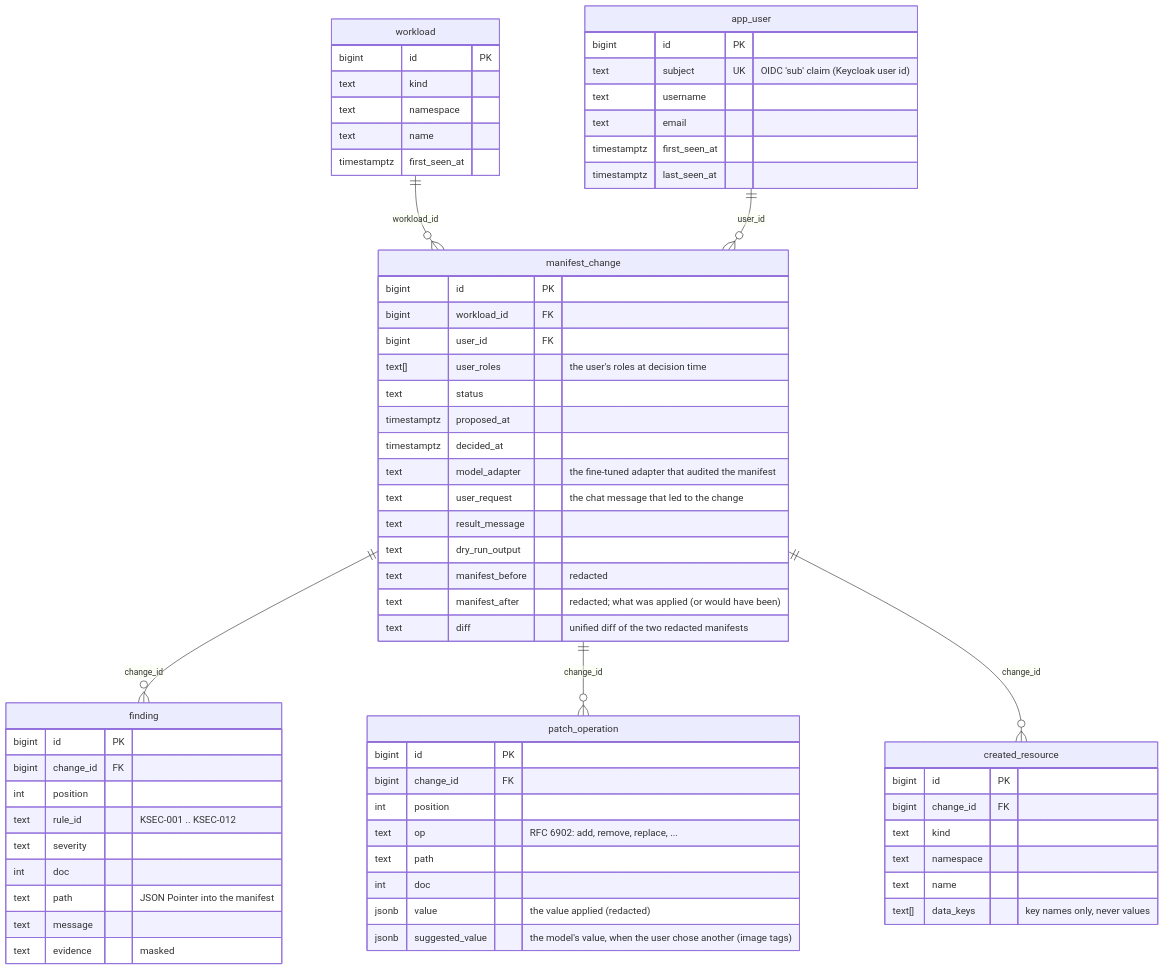
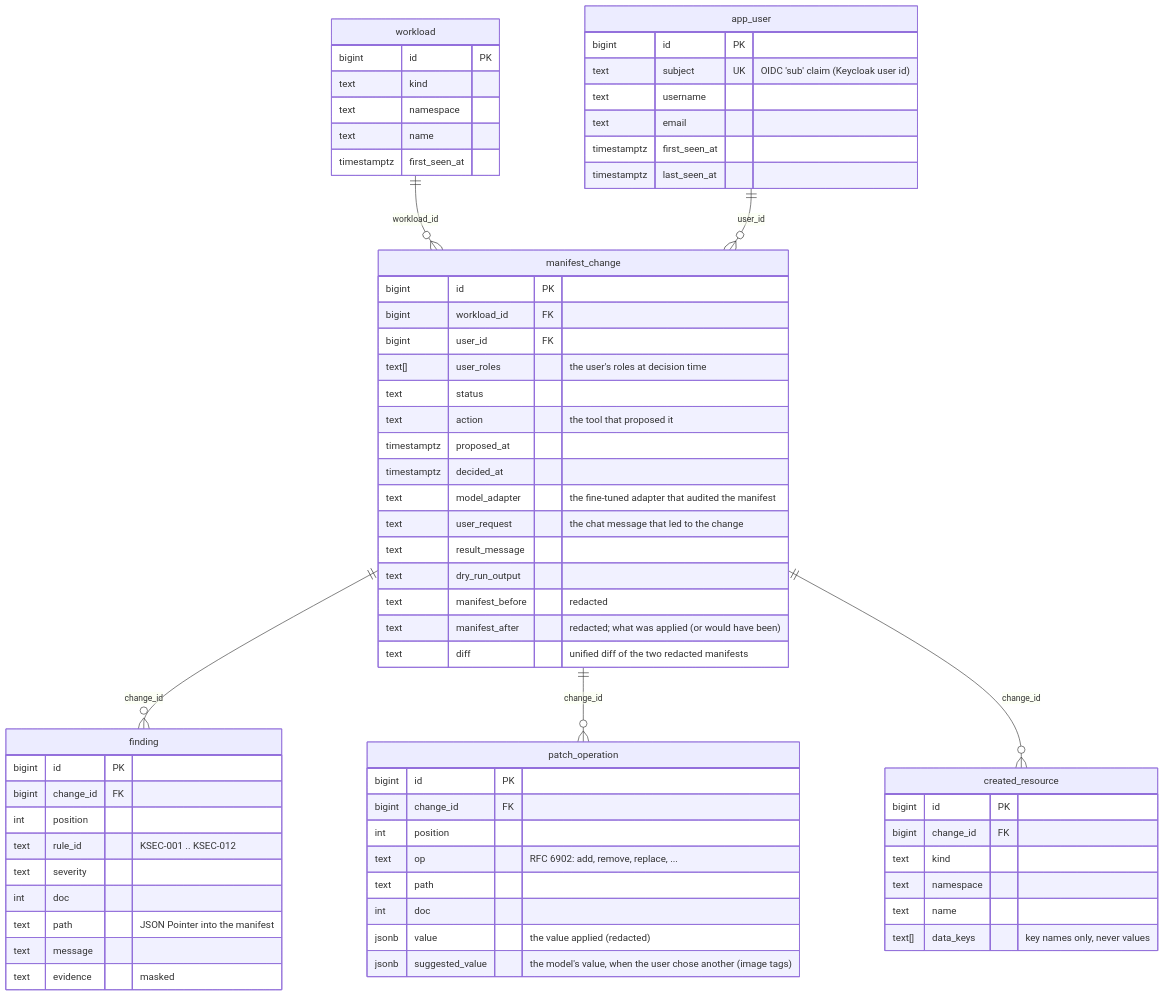
One commit to FESA-PFC-9SEM/agentk-ft changed the diagram in docs/audit-database.md. Above: the diagram before and after it, drawn with Mermaid. The commit also changed other lines of this file and 3 other files, not shown here.

First line of the commit message:
Update ER diagram images and adjust SVG elements for clarity and accuracy

````diff
--- a/docs/audit-database.md
+++ b/docs/audit-database.md
@@ -21,68 +21,69 @@
 ```mermaid
 erDiagram
     workload ||--o{ manifest_change : "workload_id"
     app_user ||--o{ manifest_change : "user_id"
     manifest_change ||--o{ finding : "change_id"
     manifest_change ||--o{ patch_operation : "change_id"
     manifest_change ||--o{ created_resource : "change_id"
     app_user {
         bigint id PK
         text subject UK "OIDC 'sub' claim (Keycloak user id)"
         text username
         text email
         timestamptz first_seen_at
         timestamptz last_seen_at
     }
     workload {
         bigint id PK
         text kind
         text namespace
         text name
         timestamptz first_seen_at
     }
     manifest_change {
         bigint id PK
         bigint workload_id FK
         bigint user_id FK
         text[] user_roles "the user's roles at decision time"
         text status
+        text action "the tool that proposed it"
         timestamptz proposed_at
         timestamptz decided_at
         text model_adapter "the fine-tuned adapter that audited the manifest"
         text user_request "the chat message that led to the change"
         text result_message
         text dry_run_output
         text manifest_before "redacted"
         text manifest_after "redacted; what was applied (or would have been)"
         text diff "unified diff of the two redacted manifests"
     }
     finding {
         bigint id PK
         bigint change_id FK
         int position
         text rule_id "KSEC-001 .. KSEC-012"
         text severity
         int doc
         text path "JSON Pointer into the manifest"
         text message
         text evidence "masked"
     }
     patch_operation {
         bigint id PK
         bigint change_id FK
         int position
         text op "RFC 6902: add, remove, replace, ..."
         text path
         int doc
         jsonb value "the value applied (redacted)"
         jsonb suggested_value "the model's value, when the user chose another (image tags)"
     }
     created_resource {
         bigint id PK
         bigint change_id FK
         text kind
         text namespace
         text name
         text[] data_keys "key names only, never values"
     }
 ```
````
